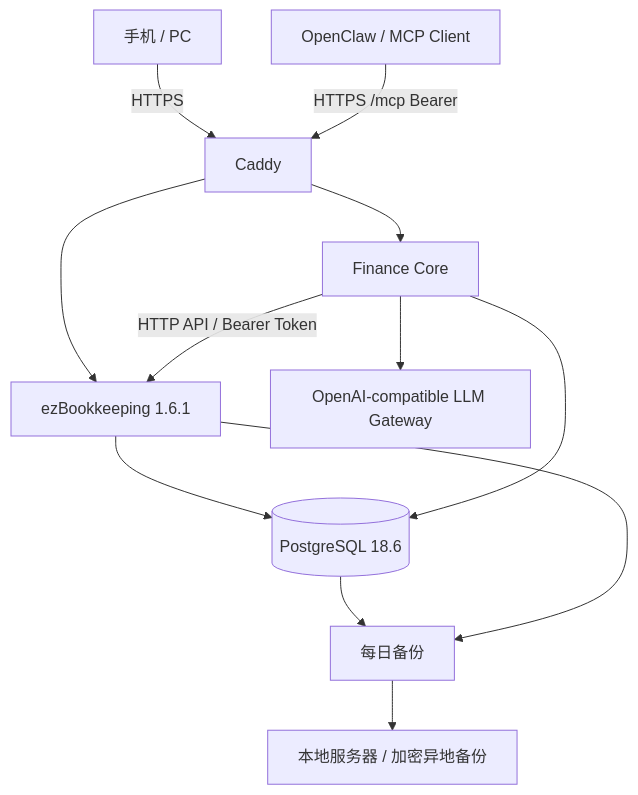
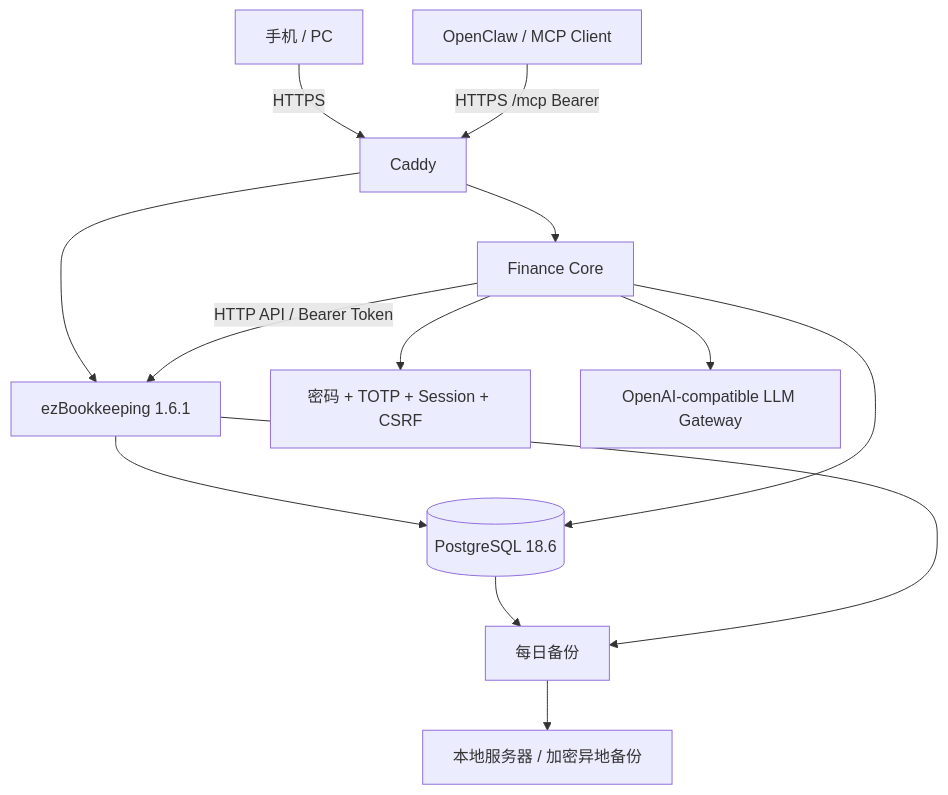
The diagram in README.md (shawnwu2022/family-finance-os), drawn with Mermaid before and after one commit. The commit also changed other lines of this file, not shown here.

Commit message:
docs: align README with application-native auth

````diff
--- a/README.md
+++ b/README.md
@@ -35,14 +39,15 @@
 ```mermaid
 flowchart TD
     U[手机 / PC] -->|HTTPS| C[Caddy]
     OC[OpenClaw / MCP Client] -->|HTTPS /mcp Bearer| C
     C --> EBK[ezBookkeeping 1.6.1]
     C --> FC[Finance Core]
+    FC --> AUTH[密码 + TOTP + Session + CSRF]
     EBK --> PG[(PostgreSQL 18.6)]
     FC --> PG
     FC -->|HTTP API / Bearer Token| EBK
     FC --> LLM[OpenAI-compatible LLM Gateway]
     PG --> B[每日备份]
     EBK --> B
     B --> H[本地服务器 / 加密异地备份]
 ```
````
